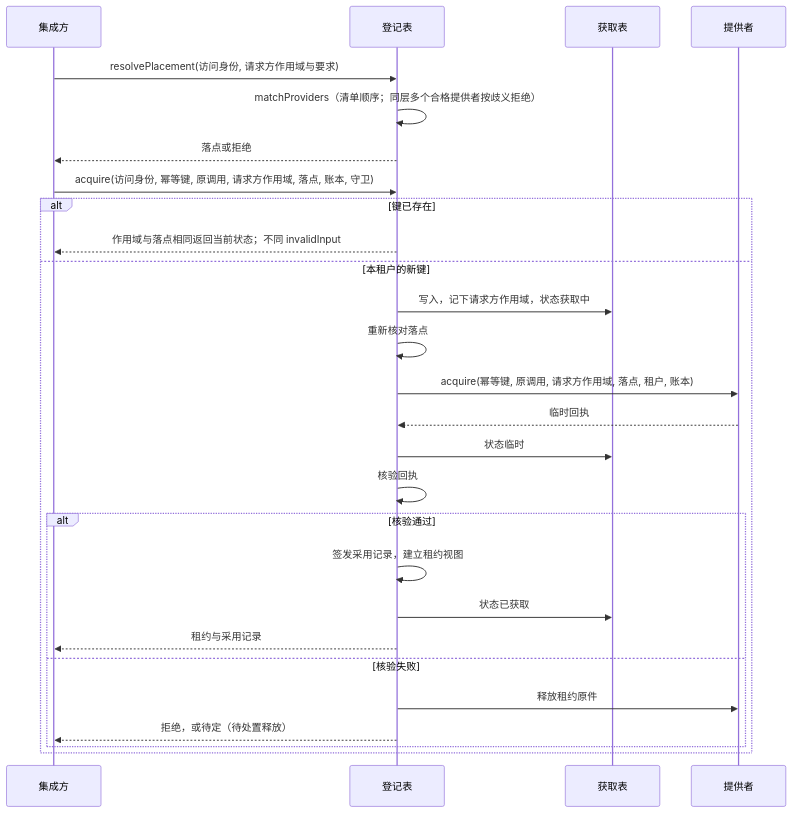
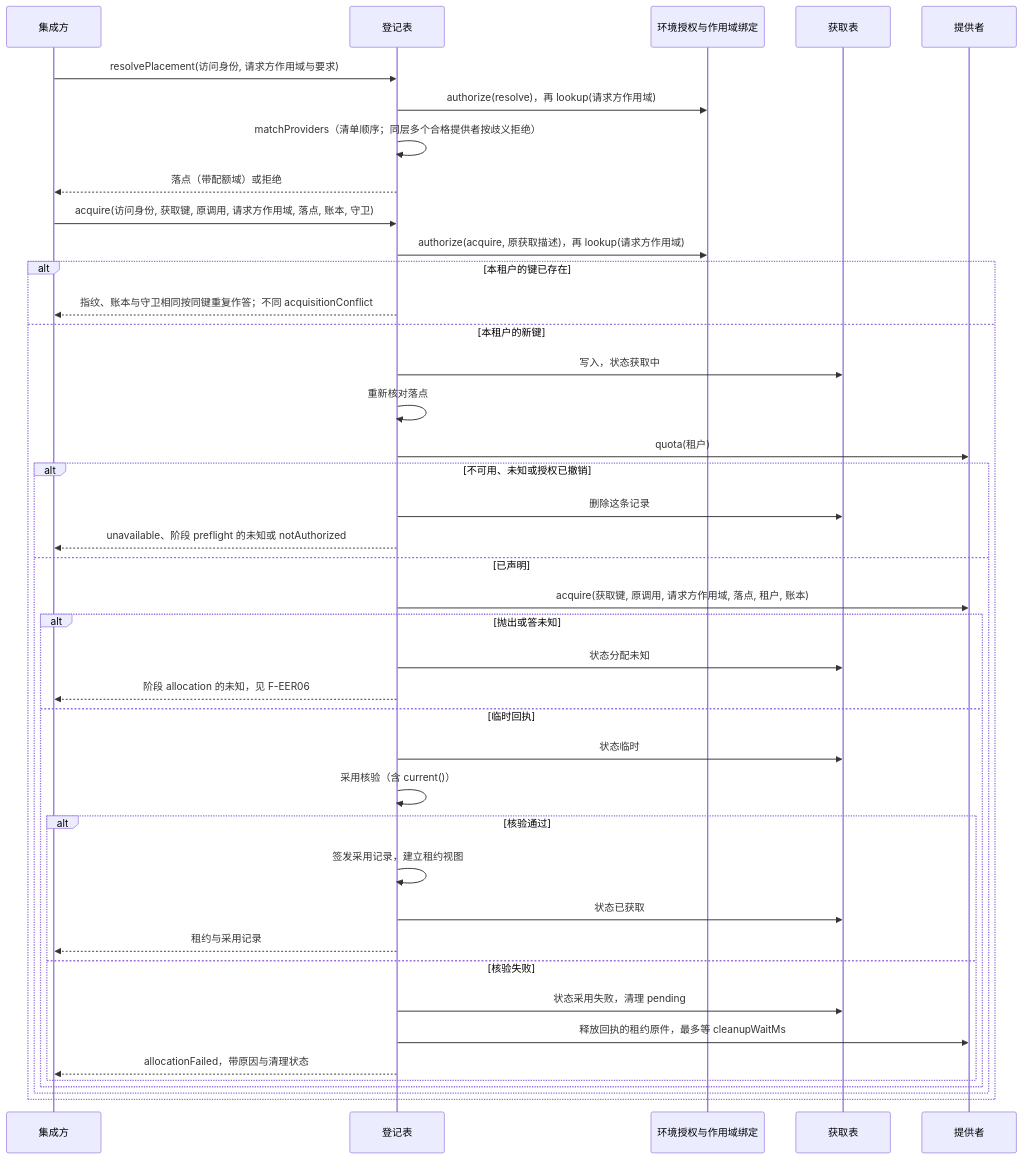
Before and after one commit to nemori-ai/omne-harness-lite: the first of 6 diagrams in packages/execution/execution-environment/docs/flows.md, drawn with Mermaid. The commit also changed other lines of this file and 136 other files, not shown here.

````diff
--- a/packages/execution/execution-environment/docs/flows.md
+++ b/packages/execution/execution-environment/docs/flows.md
@@ -13,29 +13,43 @@
 ```mermaid
 sequenceDiagram
   participant I as 集成方
   participant R as 登记表
+  participant G as 环境授权与作用域绑定
   participant T as 获取表
   participant P as 提供者
   I->>R: resolvePlacement(访问身份, 请求方作用域与要求)
+  R->>G: authorize(resolve)，再 lookup(请求方作用域)
   R->>R: matchProviders（清单顺序；同层多个合格提供者按歧义拒绝）
-  R-->>I: 落点或拒绝
-  I->>R: acquire(访问身份, 幂等键, 原调用, 请求方作用域, 落点, 账本, 守卫)
-  alt 键已存在
-    R-->>I: 作用域与落点相同返回当前状态；不同 invalidInput
+  R-->>I: 落点（带配额域）或拒绝
+  I->>R: acquire(访问身份, 获取键, 原调用, 请求方作用域, 落点, 账本, 守卫)
+  R->>G: authorize(acquire, 原获取描述)，再 lookup(请求方作用域)
+  alt 本租户的键已存在
+    R-->>I: 指纹、账本与守卫相同按同键重复作答；不同 acquisitionConflict
   else 本租户的新键
-    R->>T: 写入，记下请求方作用域，状态获取中
+    R->>T: 写入，状态获取中
     R->>R: 重新核对落点
-    R->>P: acquire(幂等键, 原调用, 请求方作用域, 落点, 租户, 账本)
-    P-->>R: 临时回执
-    R->>T: 状态临时
-    R->>R: 核验回执
-    alt 核验通过
-      R->>R: 签发采用记录，建立租约视图
-      R->>T: 状态已获取
-      R-->>I: 租约与采用记录
-    else 核验失败
-      R->>P: 释放租约原件
-      R-->>I: 拒绝，或待定（待处置释放）
+    R->>P: quota(租户)
+    alt 不可用、未知或授权已撤销
+      R->>T: 删除这条记录
+      R-->>I: unavailable、阶段 preflight 的未知或 notAuthorized
+    else 已声明
+      R->>P: acquire(获取键, 原调用, 请求方作用域, 落点, 租户, 账本)
+      alt 抛出或答未知
+        R->>T: 状态分配未知
+        R-->>I: 阶段 allocation 的未知，见 F-EER06
+      else 临时回执
+        R->>T: 状态临时
+        R->>R: 采用核验（含 current()）
+        alt 核验通过
+          R->>R: 签发采用记录，建立租约视图
+          R->>T: 状态已获取
+          R-->>I: 租约与采用记录
+        else 核验失败
+          R->>T: 状态采用失败，清理 pending
+          R->>P: 释放回执的租约原件，最多等 cleanupWaitMs
+          R-->>I: allocationFailed，带原因与清理状态
+        end
+      end
     end
   end
 ```
````
